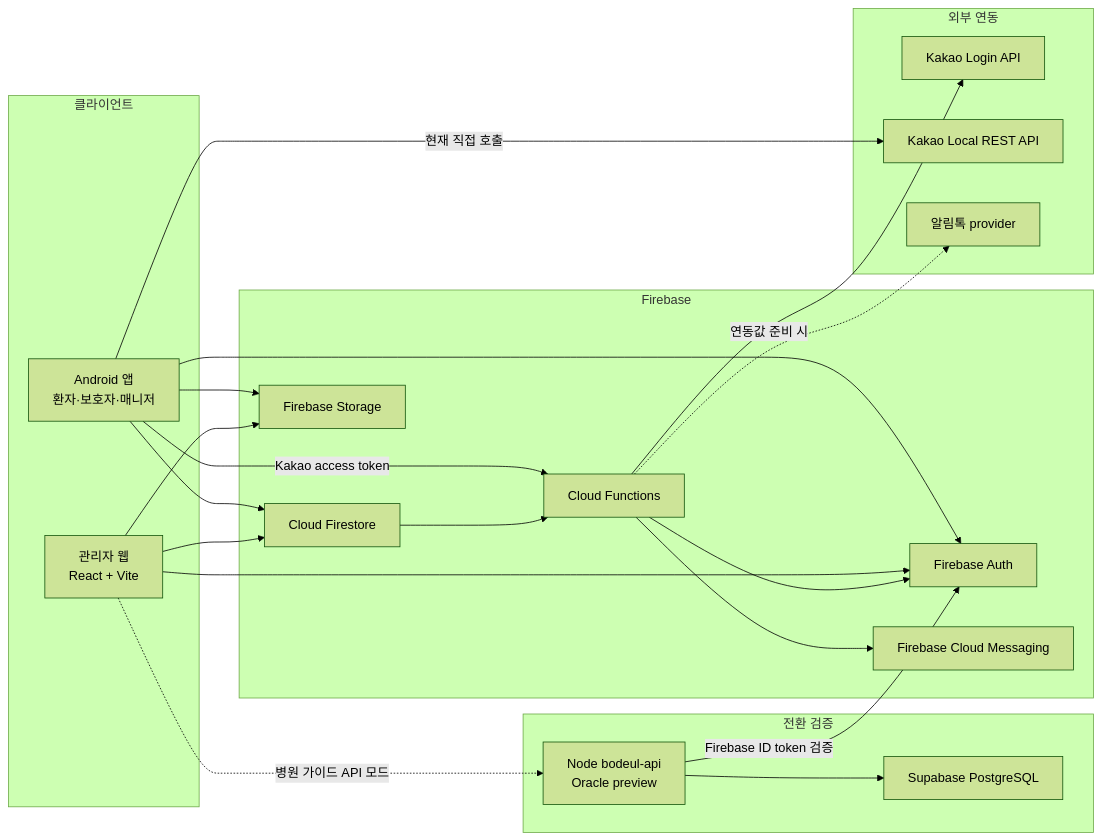
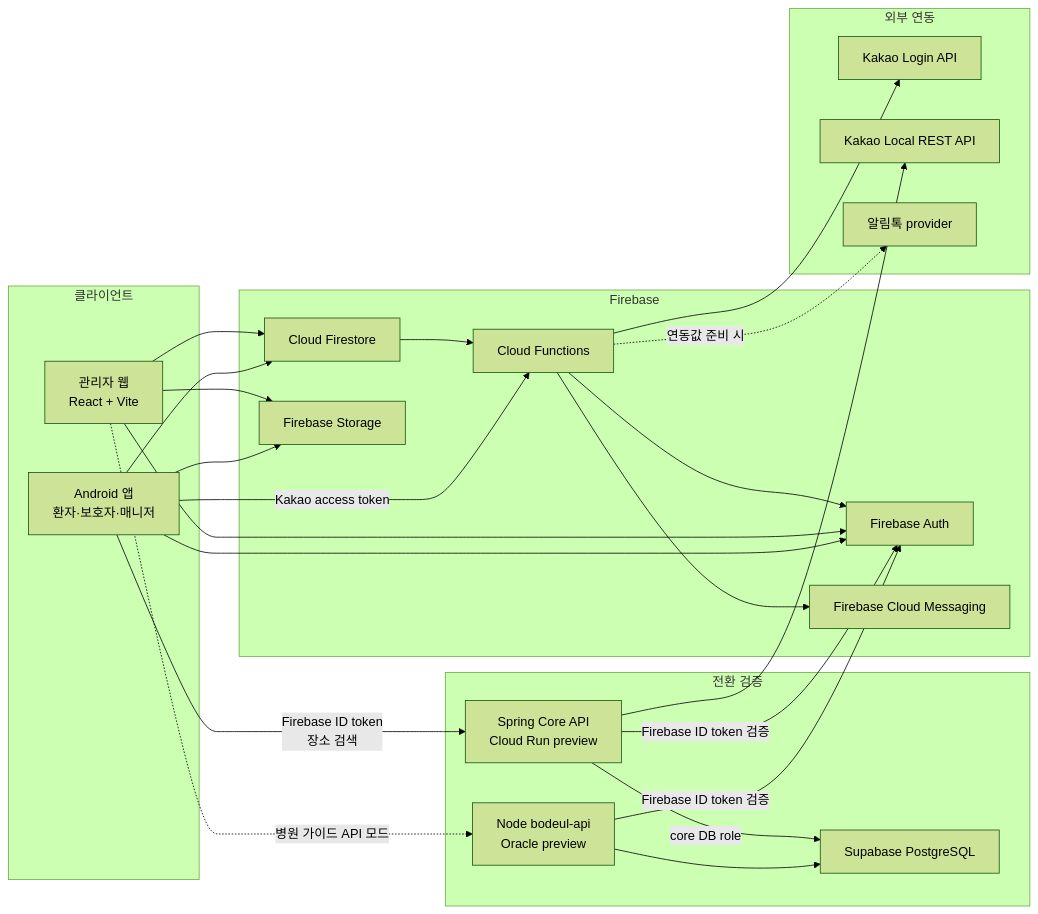
The first of 2 diagrams in docs/architecture/system-architecture-diagram.md (bodeul110/Bodeul), drawn with Mermaid (forest theme) before and after one commit. The commit also changed other lines of this file and 25 other files, not shown here.

First line of the commit message:
Kakao Local 검색을 Core API로 이전 (#182)

````diff
--- a/docs/architecture/system-architecture-diagram.md
+++ b/docs/architecture/system-architecture-diagram.md
@@ -9,45 +9,50 @@
 ```mermaid
 flowchart LR
   subgraph Client["클라이언트"]
     Android["Android 앱\n환자·보호자·매니저"]
     AdminVite["관리자 웹\nReact + Vite"]
   end
 
   subgraph Preview["전환 검증"]
     NodeApi["Node bodeul-api\nOracle preview"]
+    SpringApi["Spring Core API\nCloud Run preview"]
     Postgres["Supabase PostgreSQL"]
   end
 
   subgraph Firebase["Firebase"]
     Auth["Firebase Auth"]
     Firestore["Cloud Firestore"]
     Storage["Firebase Storage"]
     Functions["Cloud Functions"]
     FCM["Firebase Cloud Messaging"]
   end
 
   subgraph External["외부 연동"]
     KakaoLogin["Kakao Login API"]
     KakaoLocal["Kakao Local REST API"]
     Alimtalk["알림톡 provider"]
   end
 
   Android --> Auth
   AdminVite --> Auth
   Android --> Firestore
   AdminVite --> Firestore
   Android --> Storage
   AdminVite --> Storage
 
   AdminVite -. "병원 가이드 API 모드" .-> NodeApi
   NodeApi -->|"Firebase ID token 검증"| Auth
   NodeApi --> Postgres
 
+  Android -->|"Firebase ID token\n장소 검색"| SpringApi
+  SpringApi -->|"Firebase ID token 검증"| Auth
+  SpringApi -->|"core DB role"| Postgres
+  SpringApi --> KakaoLocal
+
   Android -->|"Kakao access token"| Functions
   Functions --> KakaoLogin
   Functions --> Auth
-  Android -->|"현재 직접 호출"| KakaoLocal
   Firestore --> Functions
   Functions --> FCM
   Functions -. "연동값 준비 시" .-> Alimtalk
 ```
````
